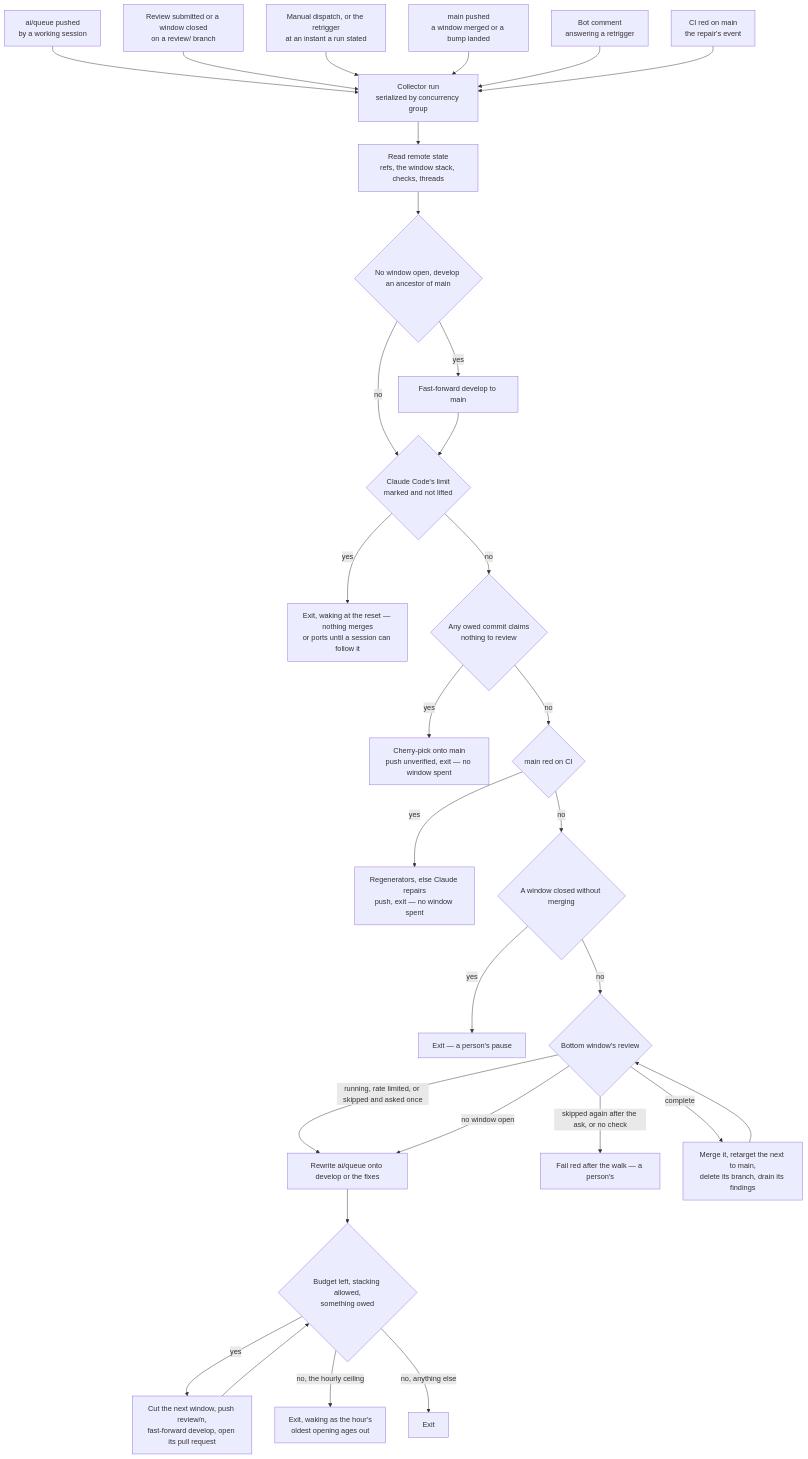
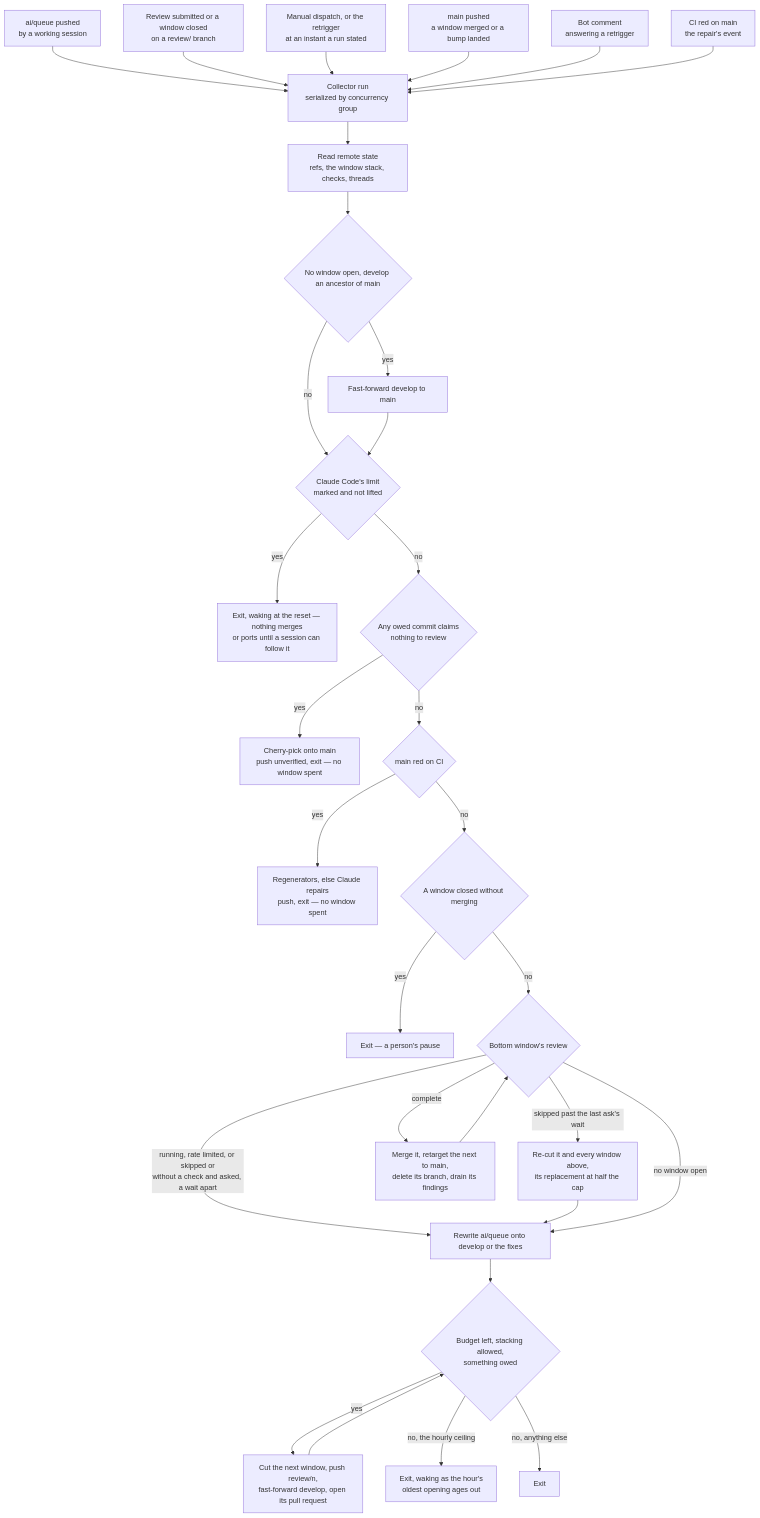
The diagram in apps/web/content/docs/infra/review-collector/index.md (Esposter/Esposter), drawn with Mermaid before and after one commit. The commit also changed 6 other files, not shown here.

First line of the commit message:
docs(review-collector): a skipped or check-less window is asked a wait apart up to the ask cap and then re-cut at half its cap, and only the collector's own marked asks count

````diff
--- a/apps/web/content/docs/infra/review-collector/index.md
+++ b/apps/web/content/docs/infra/review-collector/index.md
@@ -37,30 +37,30 @@
 ```mermaid
 flowchart TD
   A[ai/queue pushed<br/>by a working session] --> C
   F[Review submitted or a window closed<br/>on a review/ branch] --> C
   D[Manual dispatch, or the retrigger<br/>at an instant a run stated] --> C
   MN[main pushed<br/>a window merged or a bump landed] --> C
   CM[Bot comment<br/>answering a retrigger] --> C
   CI[CI red on main<br/>the repair's event] --> C
   C[Collector run<br/>serialized by concurrency group] --> R[Read remote state<br/>refs, the window stack, checks, threads]
   R --> RS{No window open, develop an ancestor of main}
   RS -->|yes| FF[Fast-forward develop to main]
   RS -->|no| LM
   FF --> LM{Claude Code's limit<br/>marked and not lifted}
   LM -->|yes| LX[Exit, waking at the reset — nothing merges<br/>or ports until a session can follow it]
   LM -->|no| E{Any owed commit claims<br/>nothing to review}
   E -->|yes| EP[Cherry-pick onto main<br/>push unverified, exit — no window spent]
   E -->|no| MR{main red on CI}
   MR -->|yes| RG[Regenerators, else Claude repairs<br/>push, exit — no window spent]
   MR -->|no| CL{A window closed without merging}
   CL -->|yes| PZ[Exit — a person's pause]
   CL -->|no| BW{Bottom window's review}
-  BW -->|running, rate limited, or skipped and asked once| SY
-  BW -->|skipped again after the ask, or no check| RD[Fail red after the walk — a person's]
+  BW -->|running, rate limited, or skipped or<br/>without a check and asked, a wait apart| SY
+  BW -->|skipped past the last ask's wait| RC[Re-cut it and every window above,<br/>its replacement at half the cap] --> SY
   BW -->|complete| MG[Merge it, retarget the next to main,<br/>delete its branch, drain its findings] --> BW
   BW -->|no window open| SY
   SY[Rewrite ai/queue onto develop or the fixes] --> OB{Budget left, stacking allowed,<br/>something owed}
   OB -->|yes| W[Cut the next window, push review/n,<br/>fast-forward develop, open its pull request] --> OB
   OB -->|no, the hourly ceiling| XC[Exit, waking as the hour's<br/>oldest opening ages out]
   OB -->|no, anything else| X[Exit]
 ```
````
